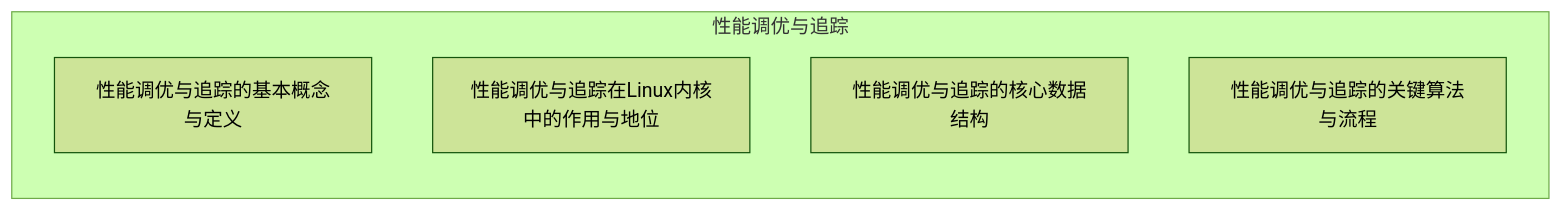
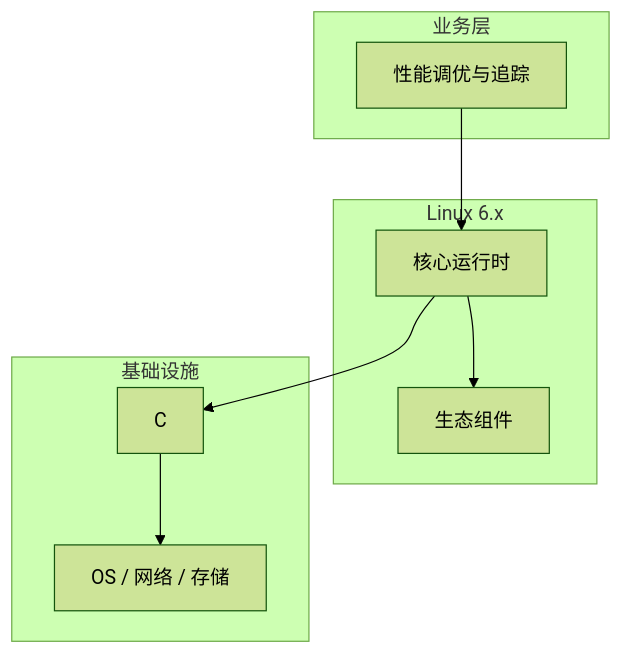
Before and after one commit to yanggan2015/knowledge-json-v2: the diagram in articles/Linux内核/chapters/195-性能调优与追踪的对比与选型.md, drawn with Mermaid (forest theme). The commit also changed other lines of this file and 10127 other files, not shown here.

````diff
--- a/articles/Linux内核/chapters/195-性能调优与追踪的对比与选型.md
+++ b/articles/Linux内核/chapters/195-性能调优与追踪的对比与选型.md
@@ -45,9 +34,18 @@
 ```mermaid
-graph LR
-    subgraph 性能调优与追踪
-        C0[性能调优与追踪的基本概念与定义]
-        C1[性能调优与追踪在Linux内核中的作用与地位]
-        C2[性能调优与追踪的核心数据结构]
-        C3[性能调优与追踪的关键算法与流程]
+graph TB
+    subgraph 业务层
+        A[性能调优与追踪]
     end
+    subgraph Linux 6.x
+        B[核心运行时]
+        C[生态组件]
+    end
+    subgraph 基础设施
+        D[C]
+        E[OS / 网络 / 存储]
+    end
+    A --> B
+    B --> C
+    B --> D
+    D --> E
 ```
````
